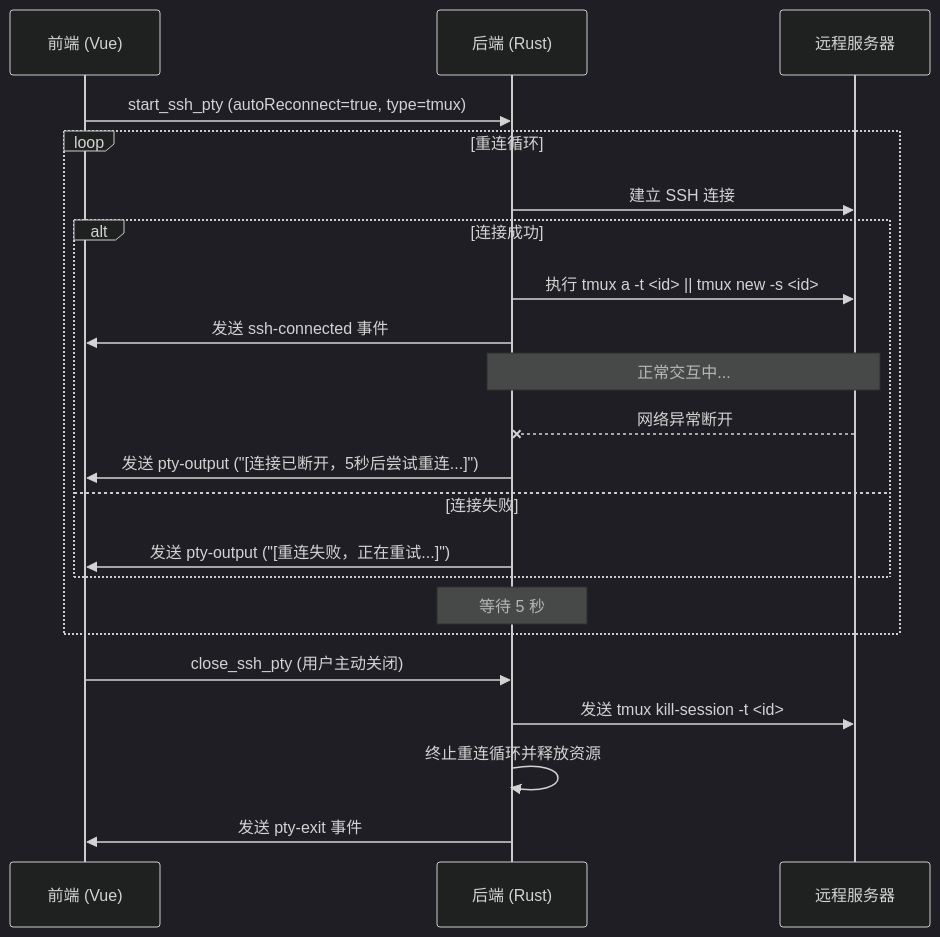
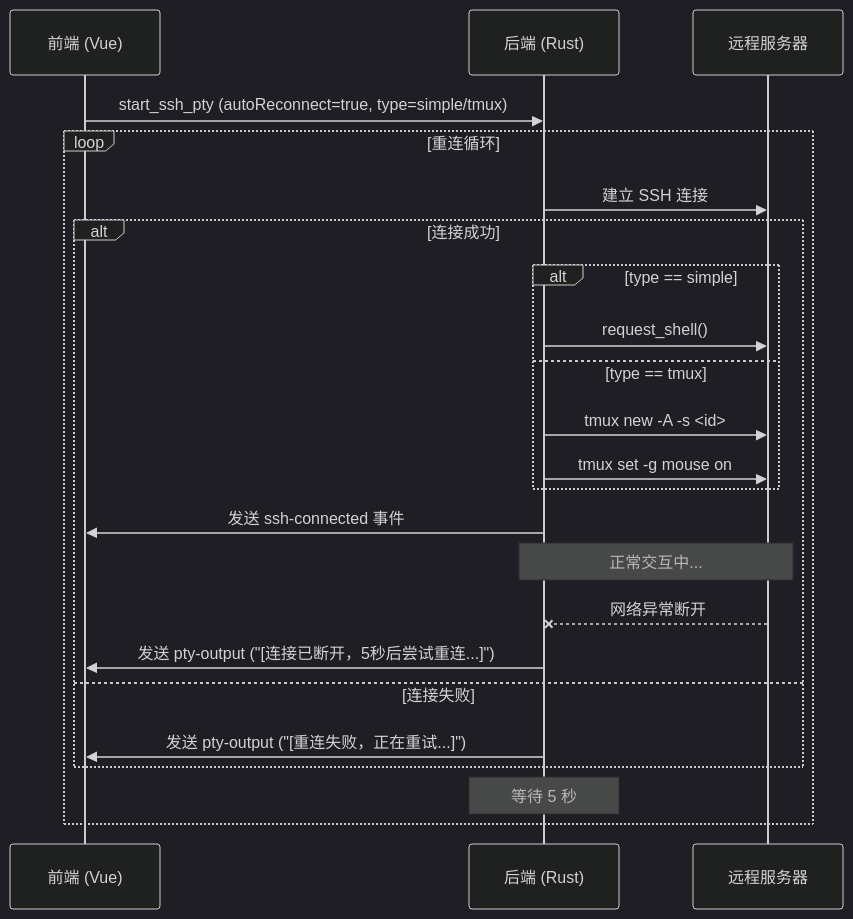
One commit to Aura-X-Labs/AuraTerm changed the diagram in docs/FEAT-Auto-Reconnect.md. Above: the diagram before and after it, drawn with Mermaid (dark theme). The commit also changed other lines of this file and 4 other files, not shown here.

First line of the commit message:
feat(ssh): add simple reconnect mode and tmux mouse support

````diff
--- a/docs/FEAT-Auto-Reconnect.md
+++ b/docs/FEAT-Auto-Reconnect.md
@@ -43,25 +67,26 @@
 ```mermaid
 sequenceDiagram
     participant FE as 前端 (Vue)
     participant BE as 后端 (Rust)
     participant RM as 远程服务器
-    FE->>BE: start_ssh_pty (autoReconnect=true, type=tmux)
+    
+    FE->>BE: start_ssh_pty (autoReconnect=true, type=simple/tmux)
     loop 重连循环
         BE->>RM: 建立 SSH 连接
         alt 连接成功
-            BE->>RM: 执行 tmux a -t <id> || tmux new -s <id>
+            alt type == simple
+                BE->>RM: request_shell()
+            else type == tmux
+                BE->>RM: tmux new -A -s <id>
+                BE->>RM: tmux set -g mouse on
+            end
             BE->>FE: 发送 ssh-connected 事件
             Note over BE,RM: 正常交互中...
             RM--xBE: 网络异常断开
             BE->>FE: 发送 pty-output ("[连接已断开，5秒后尝试重连...]")
         else 连接失败
             BE->>FE: 发送 pty-output ("[重连失败，正在重试...]")
         end
         Note over BE: 等待 5 秒
     end
-    
-    FE->>BE: close_ssh_pty (用户主动关闭)
-    BE->>RM: 发送 tmux kill-session -t <id>
-    BE->>BE: 终止重连循环并释放资源
-    BE->>FE: 发送 pty-exit 事件
 ```
````
